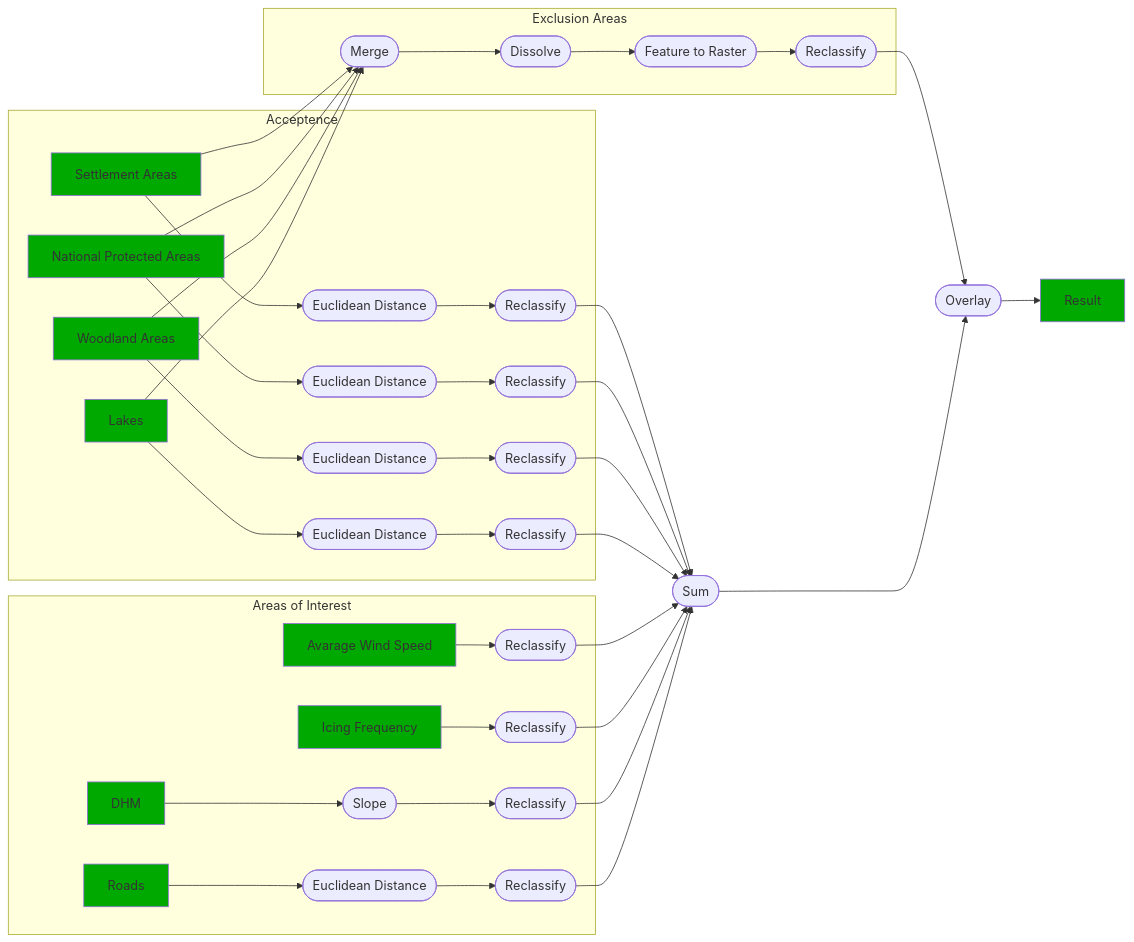
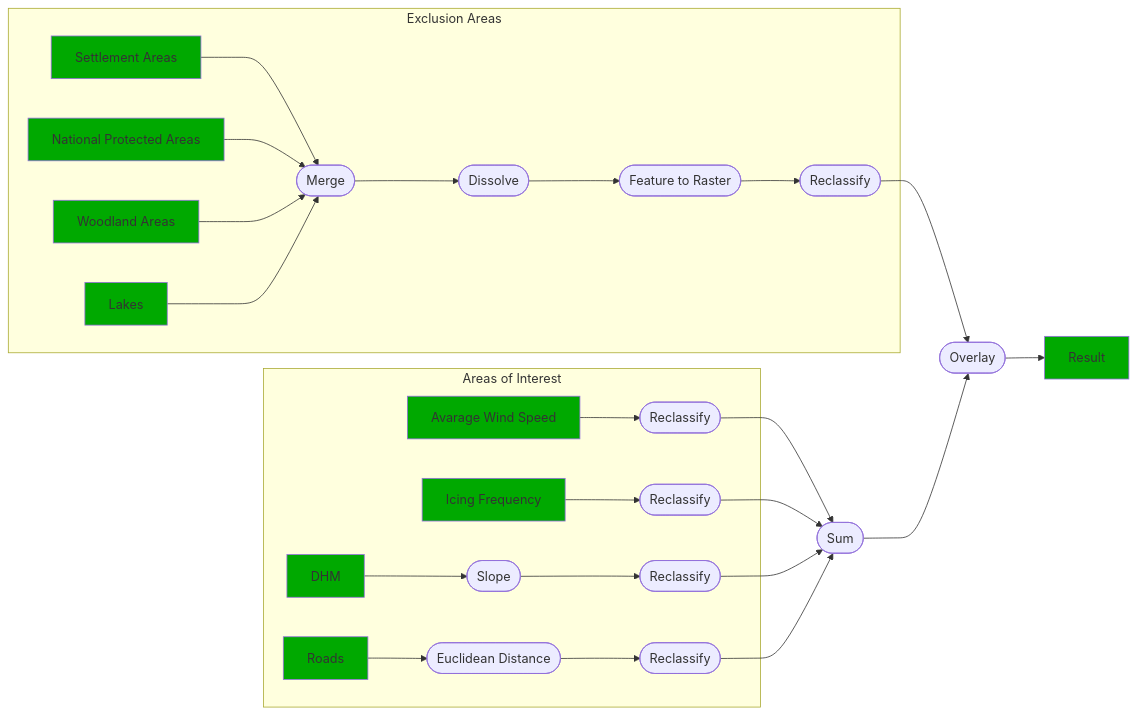
The diagram in images/mermaid-overview.mmd (remote-sensing-zhaw/QGIS-introduction), drawn with Mermaid before and after one commit. The commit also changed 6 other files, not shown here.

```diff
--- a/images/mermaid-overview.mmd
+++ b/images/mermaid-overview.mmd
@@ -1,36 +1,26 @@
 
 graph LR
-    subgraph Acceptence
-    0A["Settlement Areas"] --> 1B(["Euclidean Distance"]) --> 1C(["Reclassify"])
-    1A["National Protected Areas"] --> 2B(["Euclidean Distance"]) --> 2C(["Reclassify"])
-    2A["Woodland Areas"] --> 3B(["Euclidean Distance"]) --> 3C(["Reclassify"])
-    3A["Lakes"] --> 4B(["Euclidean Distance"]) --> 4C(["Reclassify"])
-    end
     subgraph Exclusion Areas
-    0A --> 9A(["Merge"])
-    1A --> 9A
-    2A --> 9A
-    3A --> 9A
+    0A["Settlement Areas"] --> 9A(["Merge"])
+    1A["National Protected Areas"] --> 9A
+    2A["Woodland Areas"] -->9A 
+    3A["Lakes"] --> 9A
     9A --> 9B(["Dissolve"]) --> 9C(["Feature to Raster"]) --> 9D(["Reclassify"])
     end
     subgraph Areas of Interest
     7A["Avarage Wind Speed"] --> 8C(["Reclassify"])
     6A["Icing Frequency"] --> 7C(["Reclassify"])
     5A["DHM"] --> 6B(["Slope"]) --> 6C(["Reclassify"])
     4A["Roads"] --> 5B(["Euclidean Distance"]) --> 5C(["Reclassify"])
     end
 
-    1C --> X(["Sum"])
-    2C-->X
-    3C --> X
-    4C --> X
-    8C --> X
+    8C --> X(["Sum"])
     7C --> X
     6C --> X
     5C --> X
 
     9D --> 10A(["Overlay"])
     X --> 10A --> 100A["Result"]
 
     classDef dataset fill:#00a900
     class 0A,1A,2A,3A,4A,5A,6A,7A,100A dataset;
```
